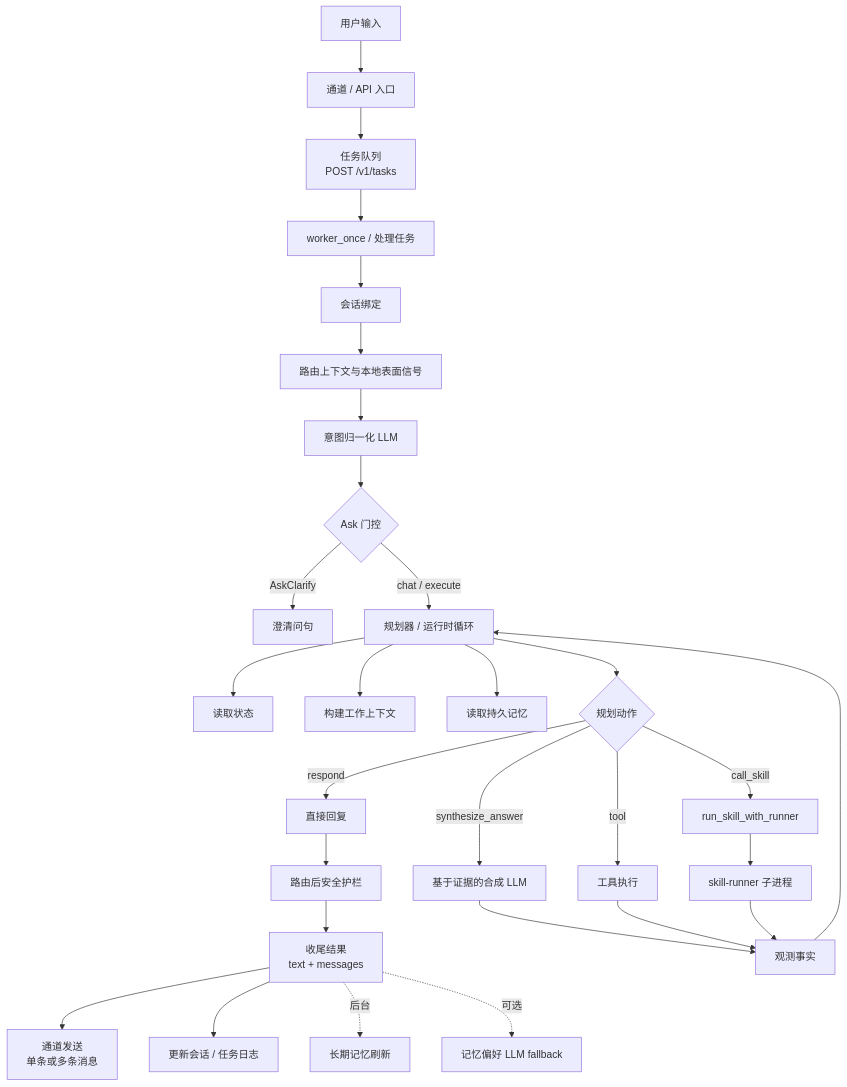
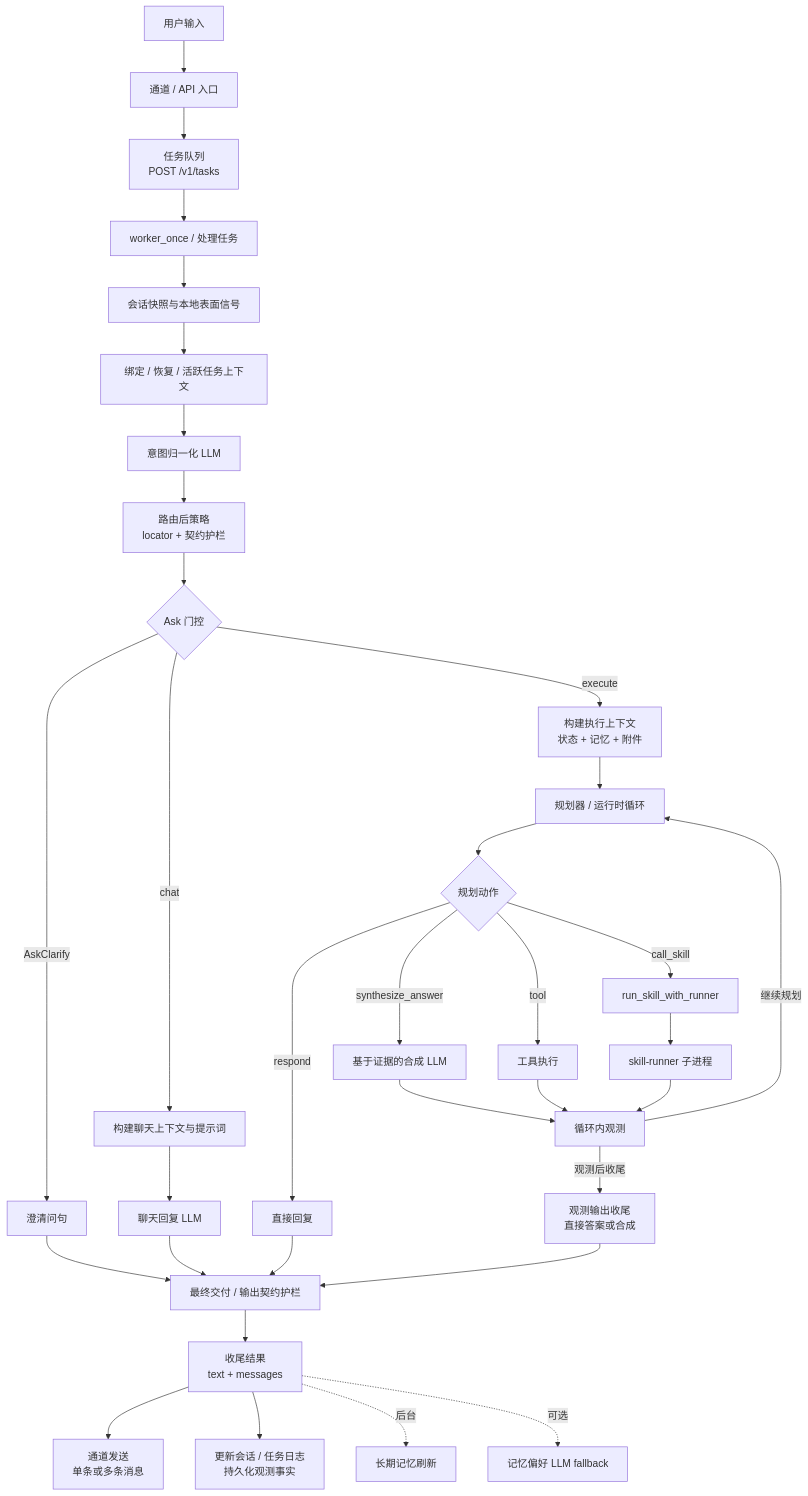
Before and after one commit to MatrixCoreX/RustClaw: the first of 2 diagrams in README.zh-CN.md, drawn with Mermaid. The commit also changed other lines of this file and 1 other file, not shown here.

Commit message:
docs: update planner-first architecture diagrams

````diff
--- a/README.zh-CN.md
+++ b/README.zh-CN.md
@@ -28,31 +28,36 @@
 ```mermaid
 flowchart TD
     A[用户输入] --> B[通道 / API 入口]
     B --> B1[任务队列<br/>POST /v1/tasks]
     B1 --> B2[worker_once / 处理任务]
-    B2 --> C[会话绑定]
-    C --> D[路由上下文与本地表面信号]
+    B2 --> C[会话快照与本地表面信号]
+    C --> D[绑定 / 恢复 / 活跃任务上下文]
     D --> E[意图归一化 LLM]
-    E --> F{Ask 门控}
+    E --> E2[路由后策略<br/>locator + 契约护栏]
+    E2 --> F{Ask 门控}
     F -->|AskClarify| G[澄清问句]
-    F -->|chat / execute| H[规划器 / 运行时循环]
-    H --> I[读取状态]
-    H --> J[构建工作上下文]
-    H --> K[读取持久记忆]
-    H --> L{规划动作}
+    F -->|chat| CH[构建聊天上下文与提示词]
+    CH --> CR[聊天回复 LLM]
+    F -->|execute| H[构建执行上下文<br/>状态 + 记忆 + 附件]
+    H --> I[规划器 / 运行时循环]
+    I --> L{规划动作}
     L -->|respond| M[直接回复]
     L -->|synthesize_answer| SS[基于证据的合成 LLM]
     L -->|tool| N[工具执行]
     L -->|call_skill| N1[run_skill_with_runner]
     N1 --> N2[skill-runner 子进程]
     N2 --> P
-    N --> P[观测事实]
+    N --> P[循环内观测]
     SS --> P
-    P --> H
-    M --> Q[路由后安全护栏]
+    P -->|继续规划| I
+    P -->|观测后收尾| OF[观测输出收尾<br/>直接答案或合成]
+    M --> Q[最终交付 / 输出契约护栏]
+    CR --> Q
+    G --> Q
+    OF --> Q
     Q --> R[收尾结果<br/>text + messages]
     R --> S[通道发送<br/>单条或多条消息]
-    R --> T[更新会话 / 任务日志]
+    R --> T[更新会话 / 任务日志<br/>持久化观测事实]
     R -. 后台 .-> U[长期记忆刷新]
     R -. 可选 .-> V[记忆偏好 LLM fallback]
 ```
````
